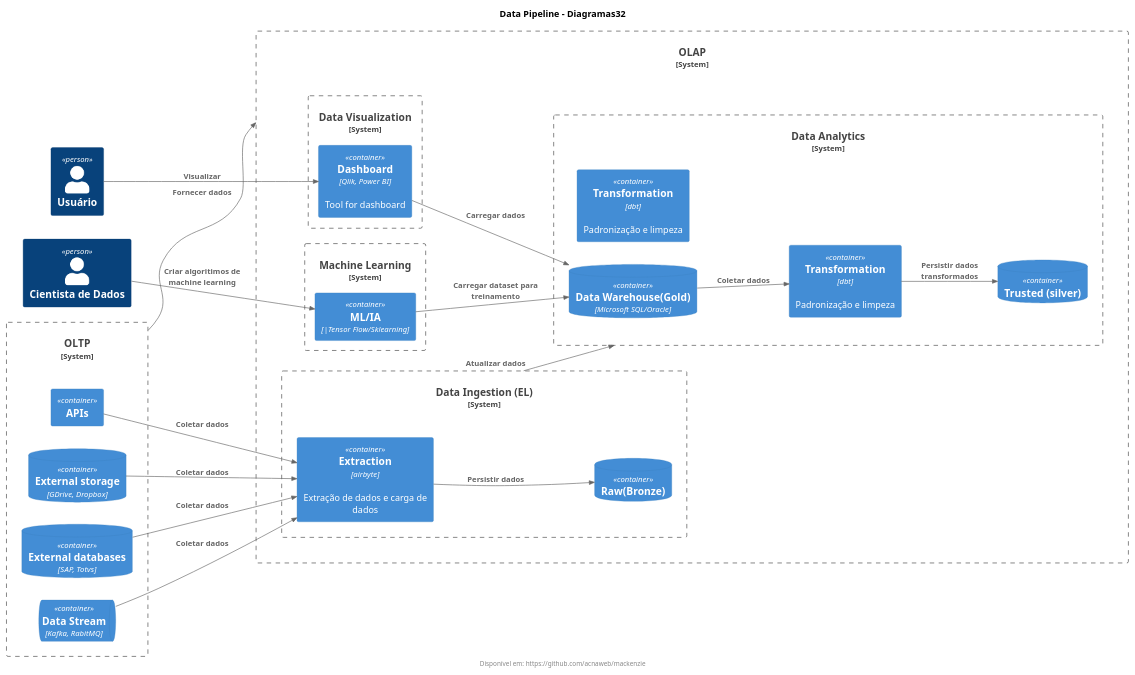
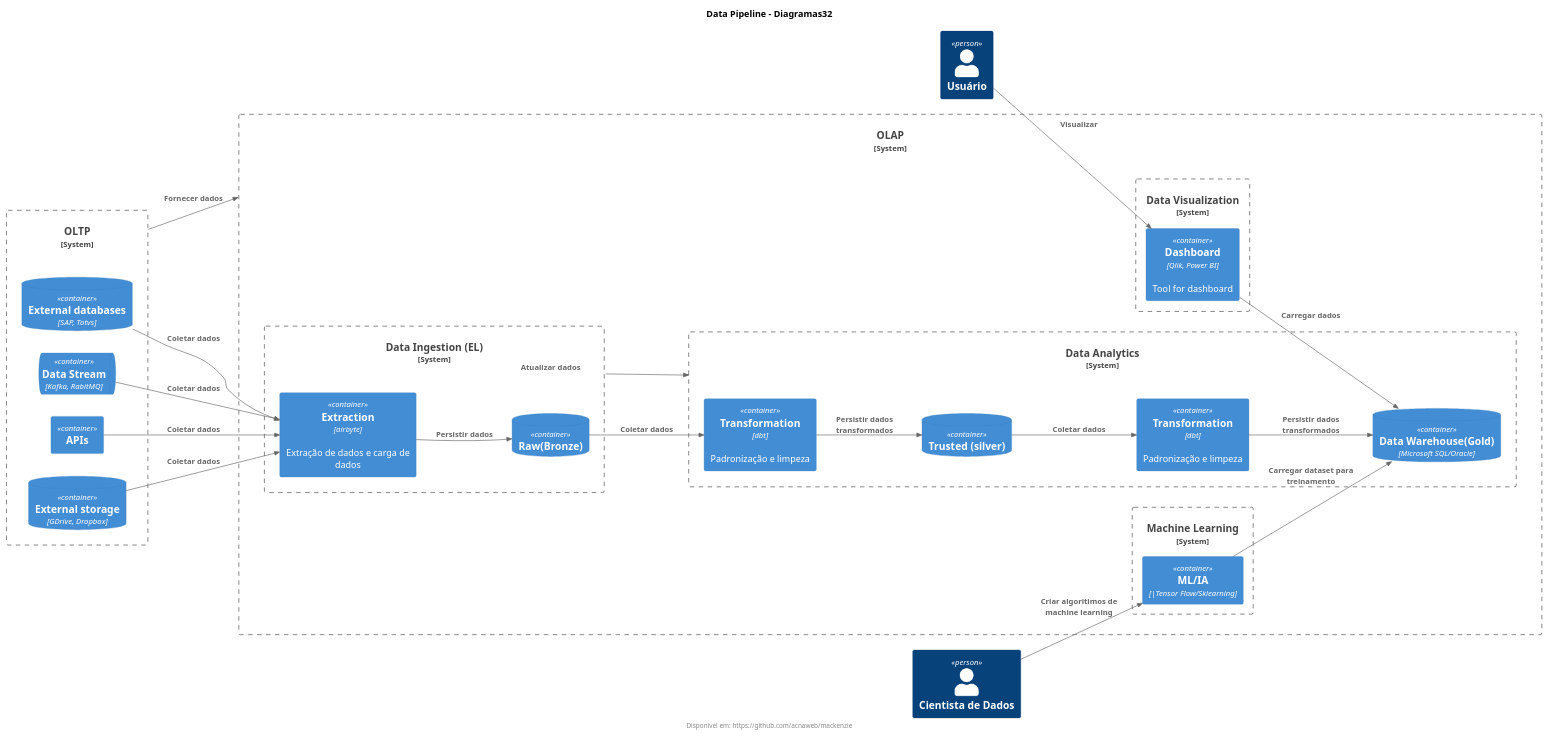
The diagram in docs/data_pipelines.wsd (jeremiasmoura/mackenzie), drawn with PlantUML before and after one commit.

```diff
--- a/docs/data_pipelines.wsd
+++ b/docs/data_pipelines.wsd
@@ -1,61 +1,66 @@
 @startuml
 !include https://raw.githubusercontent.com/plantuml-stdlib/C4-PlantUML/master/C4_Container.puml
 title Data Pipeline - Diagramas32   
 footer Disponível em: https://github.com/acnaweb/mackenzie
 LAYOUT_LANDSCAPE()
 
 Person(user, "Usuário")
 Person(data_scientist, "Cientista de Dados")
 
 System_Boundary(olap, "OLAP") {
 
     System_Boundary(ml, "Machine Learning") {
         Container(ia, "ML/IA", "|Tensor Flow/Sklearning", "")
     }
 
     System_Boundary(dataviz, "Data Visualization") {
         Container(dash, "Dashboard", "Qlik, Power BI", "Tool for dashboard")
     }
     
     System_Boundary(analytics, "Data Analytics") {
         ContainerDb(silver, "Trusted (silver)", "")
         Container(transformation_bronze_silver, "Transformation", "dbt", "Padronização e limpeza")
 
 
         ContainerDb(gold, "Data Warehouse(Gold)", "Microsoft SQL/Oracle")
         Container(transformation_silver_gold, "Transformation", "dbt", "Padronização e limpeza")
     }
 
     System_Boundary(ingestion, "Data Ingestion (EL)") {
         ContainerDb(bronze, "Raw(Bronze)")
         Container(extraction, "Extraction", "airbyte", "Extração de dados e carga de dados")
     }
 }
 
 System_Boundary(oltp, "OLTP") {
     ContainerDb(external_db, "External databases", "SAP, Totvs")
     ContainerQueue(external_queue, "Data Stream", "Kafka, RabitMQ")
     Container(external_api, "APIs")
     ContainerDb(external_storage, "External storage", "GDrive, Dropbox")
 }
 
 
 Rel(external_db, extraction, "Coletar dados")
 Rel(external_queue, extraction, "Coletar dados")
 Rel(external_api, extraction, "Coletar dados")
 Rel(external_storage, extraction, "Coletar dados")
 Rel(extraction, bronze, "Persistir dados")
 
 Rel(oltp, olap, "Fornecer dados")
 Rel(ingestion, analytics, "Atualizar dados")
 
+Rel(bronze, transformation_bronze_silver, "Coletar dados")
+Rel(transformation_bronze_silver, silver, "Persistir dados transformados")
+
+Rel(silver, transformation_silver_gold, "Coletar dados")
+Rel(transformation_silver_gold, gold, "Persistir dados transformados")
+
 Rel(user, dash, "Visualizar")
 Rel(dash, gold, "Carregar dados")
 
 
 Rel(data_scientist, ia, "Criar algoritimos de machine learning")
 Rel(ia, gold, "Carregar dataset para treinamento")
 
-Rel(transformation_silver_gold, silver, "Persistir dados transformados")
-Rel(gold, transformation_silver_gold, "Coletar dados")
+
 @enduml
```
